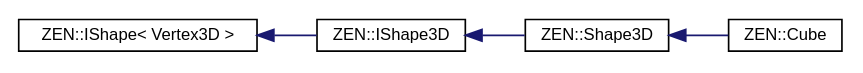
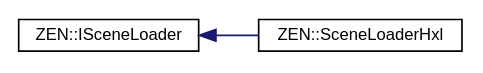
One commit to markhj/zeronetics changed the diagram in inherit_graph_26.dot. Above: the diagram before and after it, drawn with Graphviz. The commit also changed 370 other files, not shown here.

```diff
--- a/inherit_graph_26.dot
+++ b/inherit_graph_26.dot
@@ -1,14 +1,10 @@
 digraph "Graphical Class Hierarchy"
 {
  // LATEX_PDF_SIZE
   edge [fontname="Helvetica",fontsize="10",labelfontname="Helvetica",labelfontsize="10"];
   node [fontname="Helvetica",fontsize="10",shape=record];
   rankdir="LR";
-  Node0 [label="ZEN::IShape\< Vertex3D \>",height=0.2,width=0.4,color="black", fillcolor="white", style="filled",URL="$classZEN_1_1IShape.html",tooltip=" "];
+  Node0 [label="ZEN::ISceneLoader",height=0.2,width=0.4,color="black", fillcolor="white", style="filled",URL="$classZEN_1_1ISceneLoader.html",tooltip=" "];
   Node0 -> Node1 [dir="back",color="midnightblue",fontsize="10",style="solid",fontname="Helvetica"];
-  Node1 [label="ZEN::IShape3D",height=0.2,width=0.4,color="black", fillcolor="white", style="filled",URL="$classZEN_1_1IShape3D.html",tooltip=" "];
-  Node1 -> Node2 [dir="back",color="midnightblue",fontsize="10",style="solid",fontname="Helvetica"];
-  Node2 [label="ZEN::Shape3D",height=0.2,width=0.4,color="black", fillcolor="white", style="filled",URL="$classZEN_1_1Shape3D.html",tooltip=" "];
-  Node2 -> Node3 [dir="back",color="midnightblue",fontsize="10",style="solid",fontname="Helvetica"];
-  Node3 [label="ZEN::Cube",height=0.2,width=0.4,color="black", fillcolor="white", style="filled",URL="$classZEN_1_1Cube.html",tooltip=" "];
+  Node1 [label="ZEN::SceneLoaderHxl",height=0.2,width=0.4,color="black", fillcolor="white", style="filled",URL="$classZEN_1_1SceneLoaderHxl.html",tooltip=" "];
 }
```
